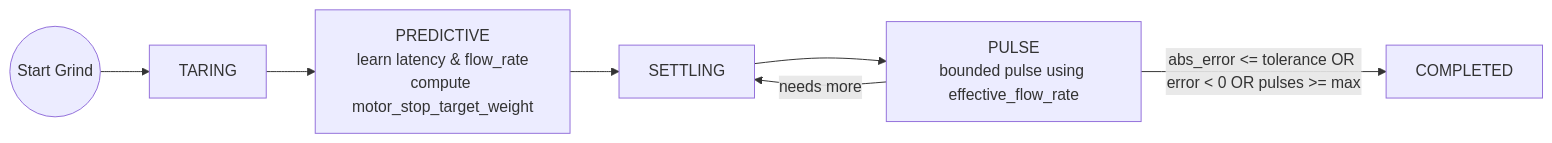
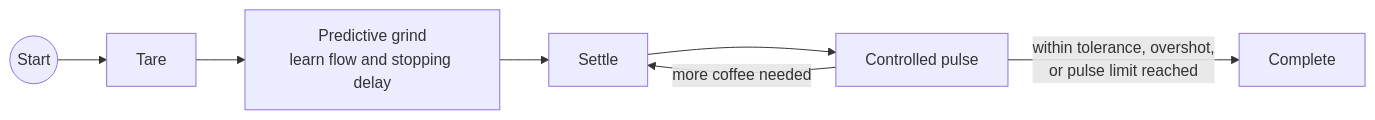
Before and after one commit to Clinteastman/smart-grind-by-weight: the diagram in README.md, drawn with Mermaid. The commit also changed other lines of this file, not shown here.

````diff
--- a/README.md
+++ b/README.md
@@ -110,9 +125,9 @@
 ```mermaid
 flowchart LR
-  start((Start Grind)) --> T[TARING]
-  T --> E[PREDICTIVE<br/>learn latency & flow_rate<br/>compute motor_stop_target_weight]
-  E --> S[SETTLING]
-  S --> P[PULSE<br/>bounded pulse using effective_flow_rate]
-  P -->|abs_error <= tolerance OR error < 0 OR pulses >= max| C[COMPLETED]
-  P -->|needs more| S
+  start((Start)) --> T[Tare]
+  T --> E[Predictive grind<br/>learn flow and stopping delay]
+  E --> S[Settle]
+  S --> P[Controlled pulse]
+  P -->|within tolerance, overshot,<br/>or pulse limit reached| C[Complete]
+  P -->|more coffee needed| S
 ```
````
